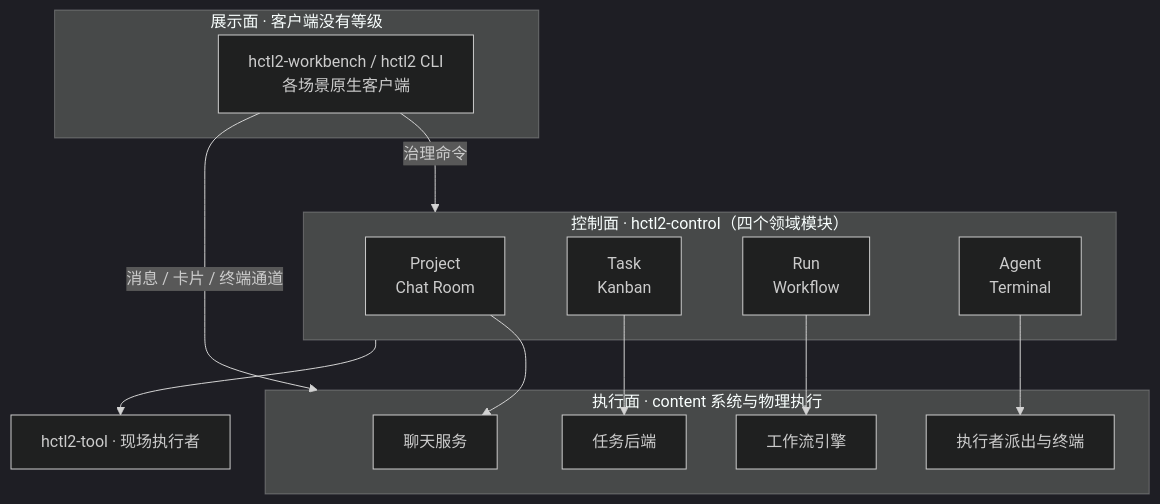
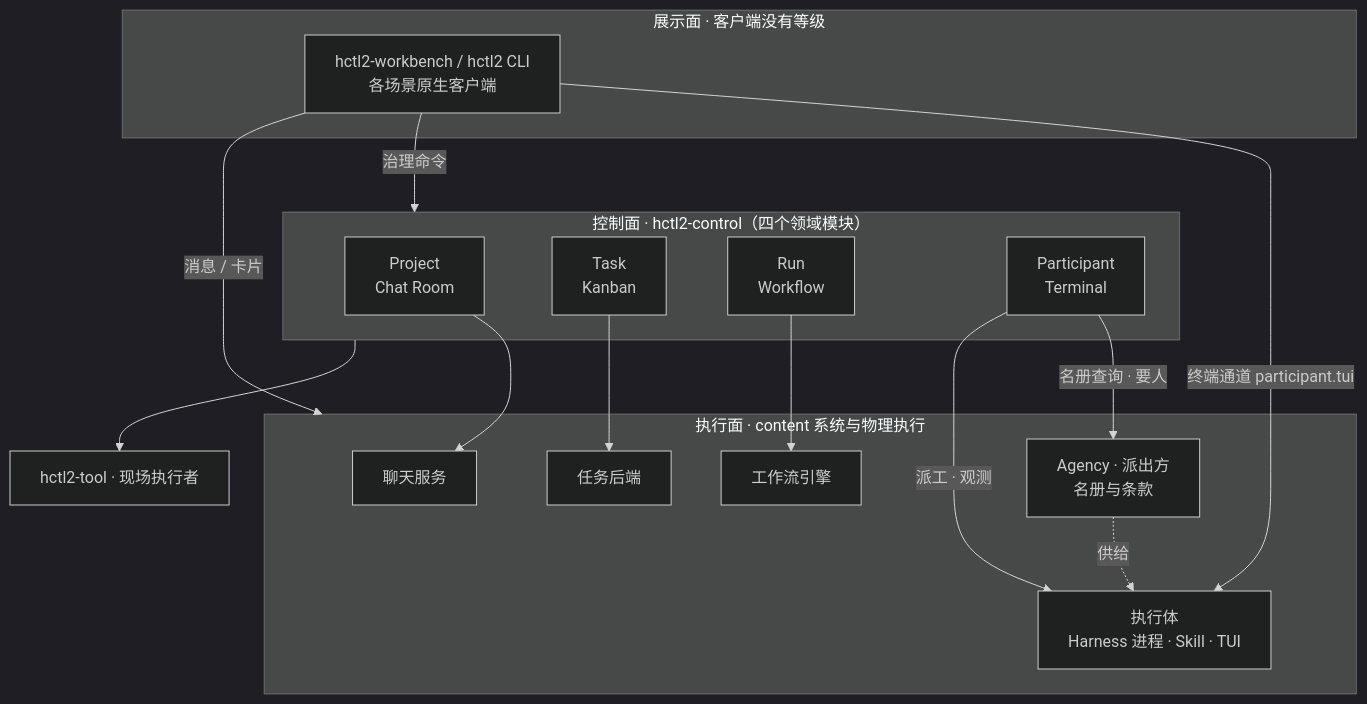
The diagram in README.md (yesme/hctl2), drawn with Mermaid (dark theme) before and after one commit. The commit also changed other lines of this file and 24 other files, not shown here.

First line of the commit message:
docs(design): Participant 立为第四模块，Agent 模块名退役；Skill 归 Agency 申报（v0.16.0）

````diff
--- a/README.md
+++ b/README.md
@@ -23,30 +23,34 @@
 ```mermaid
 flowchart TB
     subgraph Present["展示面 · 客户端没有等级"]
         Clients["hctl2-workbench / hctl2 CLI<br/>各场景原生客户端"]
     end
 
     subgraph Control["控制面 · hctl2-control（四个领域模块）"]
         P["Project<br/>Chat Room"]
         T["Task<br/>Kanban"]
         R["Run<br/>Workflow"]
-        H["Agent<br/>Terminal"]
+        A["Participant<br/>Terminal"]
     end
 
     subgraph Exec["执行面 · content 系统与物理执行"]
         chat_srv["聊天服务"]
         task_backend["任务后端"]
         engine["工作流引擎"]
-        agency["执行者派出与终端"]
+        agency["Agency · 派出方<br/>名册与条款"]
+        worker["执行体<br/>Harness 进程 · Skill · TUI"]
     end
 
     Tool["hctl2-tool · 现场执行者"]
 
     Clients -->|治理命令| Control
-    Clients -->|消息 / 卡片 / 终端通道| Exec
+    Clients -->|消息 / 卡片| Exec
+    Clients -->|终端通道 participant.tui| worker
     Control --> Tool
     P --> chat_srv
     T --> task_backend
     R --> engine
-    H --> agency
+    A -->|名册查询 · 要人| agency
+    A -->|派工 · 观测| worker
+    agency -.->|供给| worker
 ```
````
